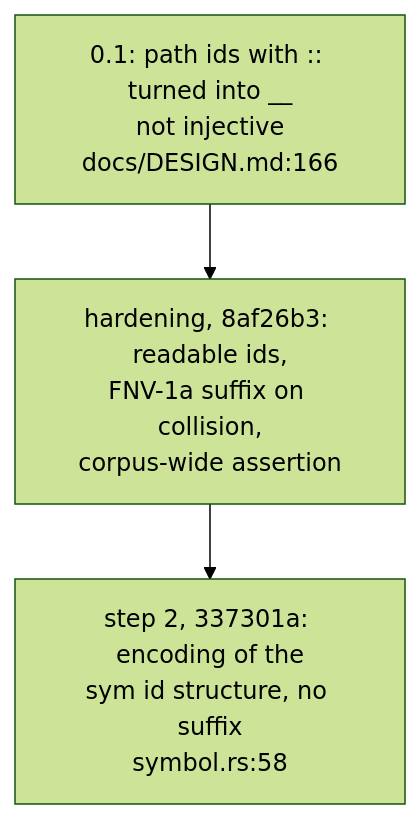
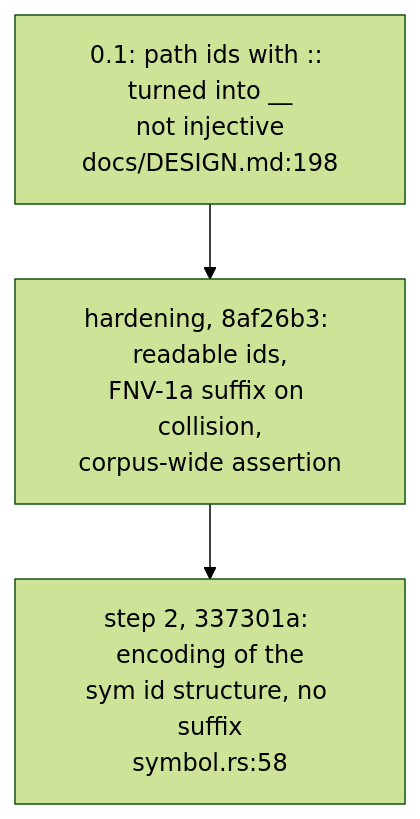
Before and after one commit to DreamLab-AI/codemaid: the fifth of 5 diagrams in docs/diagrams/mermaid/02-injective-diagram-ids.md, drawn with Mermaid (forest theme). The commit also changed other lines of this file and 22 other files, not shown here.

First line of the commit message:
docs(diagrams): COR-04 and COR-05 for the seal surface; re-stamp every topic at ae478d9

````diff
--- a/docs/diagrams/mermaid/02-injective-diagram-ids.md
+++ b/docs/diagrams/mermaid/02-injective-diagram-ids.md
@@ -168,7 +168,7 @@
 ```mermaid
 flowchart TB
-    V1["0.1: path ids with :: turned into __<br/>not injective<br/>docs/DESIGN.md:166"]
+    V1["0.1: path ids with :: turned into __<br/>not injective<br/>docs/DESIGN.md:198"]
     V2["hardening, 8af26b3: readable ids,<br/>FNV-1a suffix on collision,<br/>corpus-wide assertion"]
     V3["step 2, 337301a: encoding of the<br/>sym id structure, no suffix<br/>symbol.rs:58"]
     V1 --> V2 --> V3
 ```
````
